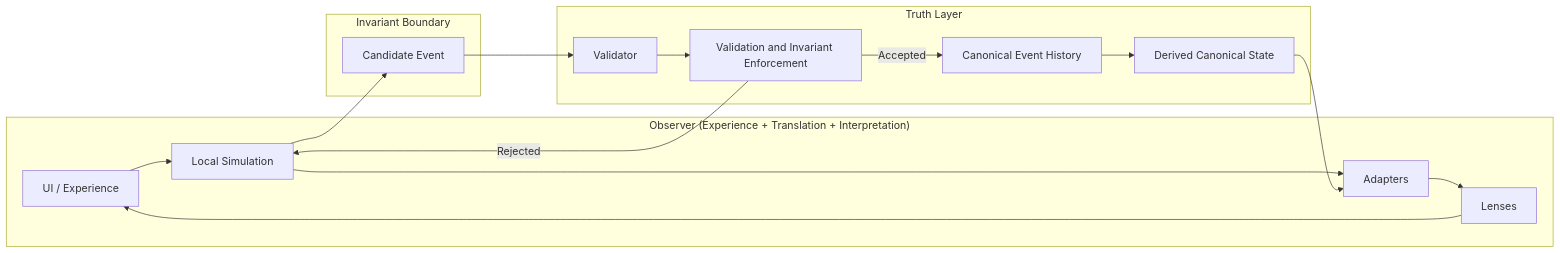
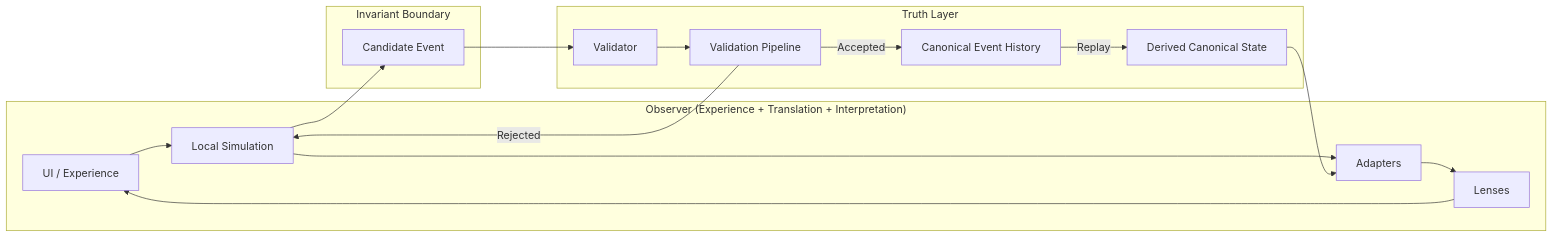
One commit to godofthunder101/crypsa-architecture changed the diagram in CrypSA_In_One_Diagram.md. Above: the diagram before and after it, drawn with Mermaid. The commit also changed other lines of this file, not shown here.

First line of the commit message:
Refine terminology related to canonical events and validation

````diff
--- a/CrypSA_In_One_Diagram.md
+++ b/CrypSA_In_One_Diagram.md
@@ -20,36 +20,36 @@
 ```mermaid
 flowchart LR
 
 subgraph "Observer (Experience + Translation + Interpretation)"
     A[UI / Experience]
     B[Local Simulation]
     C[Adapters]
     D[Lenses]
 end
 
 subgraph "Invariant Boundary"
     E[Candidate Event]
 end
 
 subgraph "Truth Layer"
     V[Validator]
-    F[Validation and Invariant Enforcement]
+    F[Validation Pipeline]
     G[Canonical Event History]
     H[Derived Canonical State]
 end
 
 A --> B
 B --> C
 C --> D
 D --> A
 
 B --> E
 E --> V
 V --> F
 
 F -->|Accepted| G
 F -->|Rejected| B
 
-G --> H
+G -->|Replay| H
 H --> C
 ```
````
